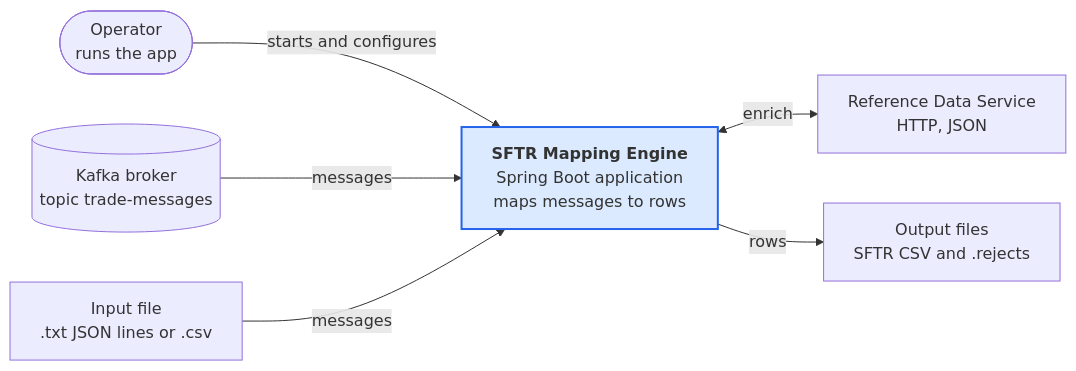
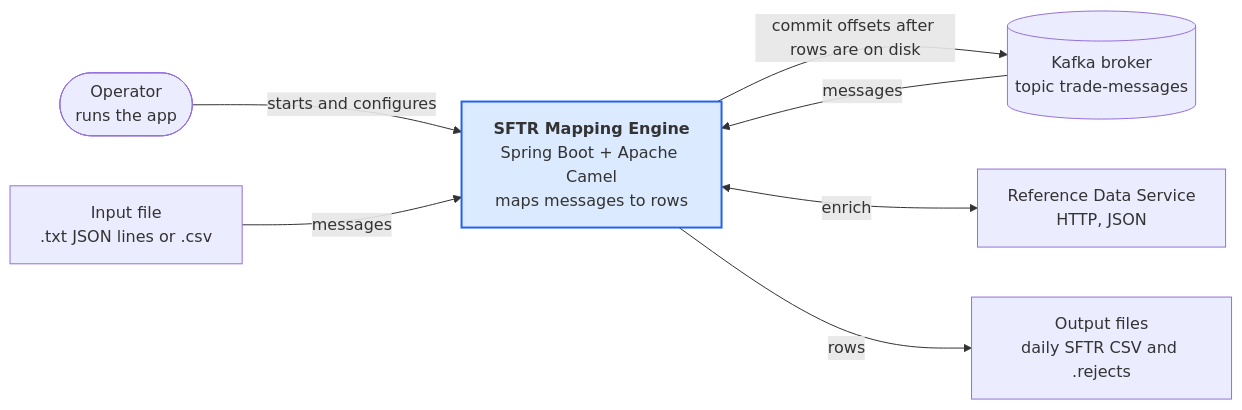
The first of 9 diagrams in docs/c4-architecture.md (shanregs/msg-transformer), drawn with Mermaid before and after one commit. The commit also changed other lines of this file and 1 other file, not shown here.

Commit message:
Update flow guide and C4 diagrams to the Camel route, write modes and daily files

````diff
--- a/docs/c4-architecture.md
+++ b/docs/c4-architecture.md
@@ -9,10 +9,11 @@
 ```mermaid
 flowchart LR
     op(["Operator<br/>runs the app"]) -->|starts and configures| engine
     kafka[("Kafka broker<br/>topic trade-messages")] -->|messages| engine
+    engine -->|commit offsets after rows are on disk| kafka
     file["Input file<br/>.txt JSON lines or .csv"] -->|messages| engine
-    engine["<b>SFTR Mapping Engine</b><br/>Spring Boot application<br/>maps messages to rows"] <-->|enrich| ref["Reference Data Service<br/>HTTP, JSON"]
-    engine -->|rows| out["Output files<br/>SFTR CSV and .rejects"]
+    engine["<b>SFTR Mapping Engine</b><br/>Spring Boot + Apache Camel<br/>maps messages to rows"] <-->|enrich| ref["Reference Data Service<br/>HTTP, JSON"]
+    engine -->|rows| out["Output files<br/>daily SFTR CSV and .rejects"]
 
     style engine fill:#dbeafe,stroke:#2563eb,stroke-width:2px
 ```
````
